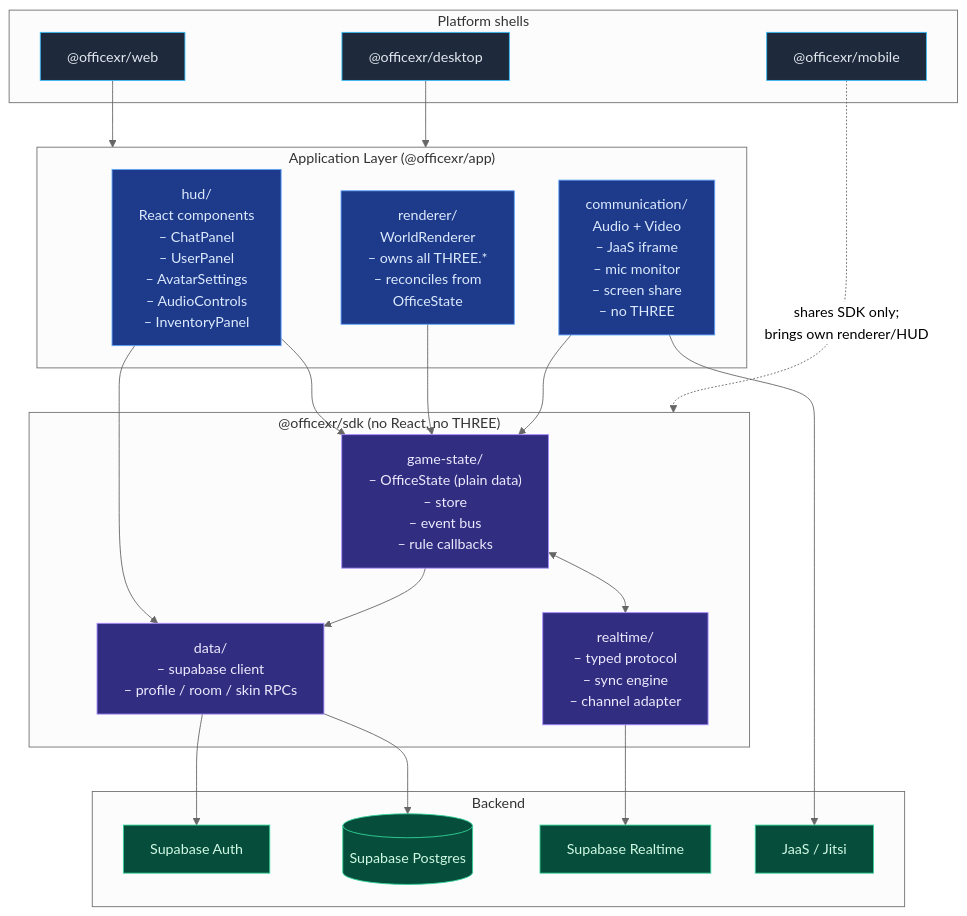
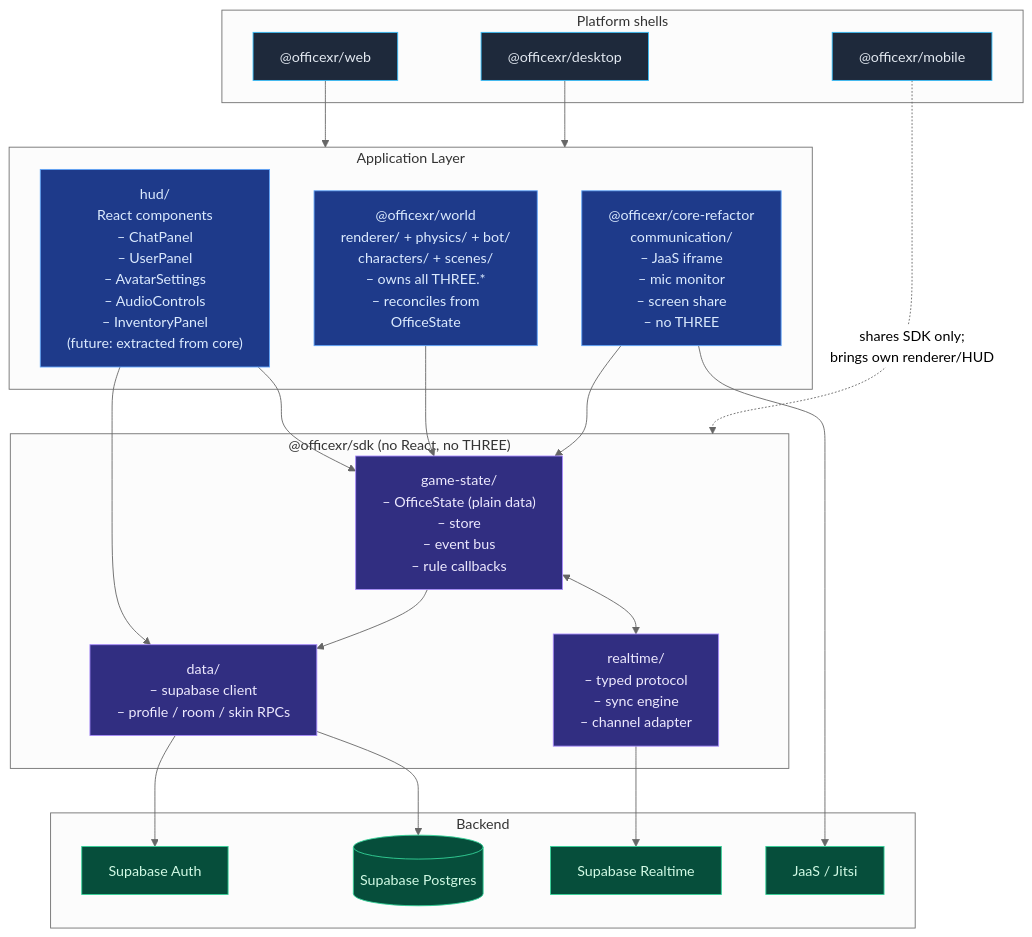
One commit to ryscheng/officexr changed the diagram in refactor-plan/00-overview.md. Above: the diagram before and after it, drawn with Mermaid (neutral theme). The commit also changed other lines of this file and 1121 other files, not shown here.

````diff
--- a/refactor-plan/00-overview.md
+++ b/refactor-plan/00-overview.md
@@ -42,53 +46,53 @@
 ```mermaid
 flowchart TB
     subgraph Shells["Platform shells"]
         Web["@officexr/web"]
         Desktop["@officexr/desktop"]
         Mobile["@officexr/mobile"]
     end
 
-    subgraph App["Application Layer (@officexr/app)"]
-        HUD["hud/<br/>React components<br/>– ChatPanel<br/>– UserPanel<br/>– AvatarSettings<br/>– AudioControls<br/>– InventoryPanel"]
-        Renderer["renderer/<br/>WorldRenderer<br/>– owns all THREE.*<br/>– reconciles from<br/>  OfficeState"]
-        Comms["communication/<br/>Audio + Video<br/>– JaaS iframe<br/>– mic monitor<br/>– screen share<br/>– no THREE"]
+    subgraph App["Application Layer"]
+        World["@officexr/world<br/>renderer/ + physics/ + bot/<br/>characters/ + scenes/<br/>– owns all THREE.*<br/>– reconciles from<br/>  OfficeState"]
+        HUD["hud/<br/>React components<br/>– ChatPanel<br/>– UserPanel<br/>– AvatarSettings<br/>– AudioControls<br/>– InventoryPanel<br/>(future: extracted from core)"]
+        Comms["@officexr/core-refactor<br/>communication/<br/>– JaaS iframe<br/>– mic monitor<br/>– screen share<br/>– no THREE"]
     end
 
     subgraph SDK["@officexr/sdk (no React, no THREE)"]
         GS["game-state/<br/>– OfficeState (plain data)<br/>– store<br/>– event bus<br/>– rule callbacks"]
         RTL["realtime/<br/>– typed protocol<br/>– sync engine<br/>– channel adapter"]
         Data["data/<br/>– supabase client<br/>– profile / room / skin RPCs"]
     end
 
     subgraph Backend["Backend"]
         SBAuth["Supabase Auth"]
         SBDB[("Supabase Postgres")]
         SBRT["Supabase Realtime"]
         JaaS["JaaS / Jitsi"]
     end
 
     Web --> App
     Desktop --> App
     Mobile -. "shares SDK only;<br/>brings own renderer/HUD" .-> SDK
 
     HUD --> GS
-    Renderer --> GS
+    World --> GS
     Comms --> GS
 
     GS <--> RTL
     HUD --> Data
     GS --> Data
 
     RTL --> SBRT
     Data --> SBAuth
     Data --> SBDB
     Comms --> JaaS
 
     classDef shell fill:#1e293b,stroke:#38bdf8,color:#e2e8f0
     classDef app fill:#1e3a8a,stroke:#60a5fa,color:#dbeafe
     classDef sdk fill:#312e81,stroke:#a78bfa,color:#ede9fe
     classDef svc fill:#064e3b,stroke:#34d399,color:#d1fae5
     class Web,Desktop,Mobile shell
-    class HUD,Renderer,Comms app
+    class HUD,World,Comms app
     class GS,RTL,Data sdk
     class SBAuth,SBDB,SBRT,JaaS svc
 ```
````
